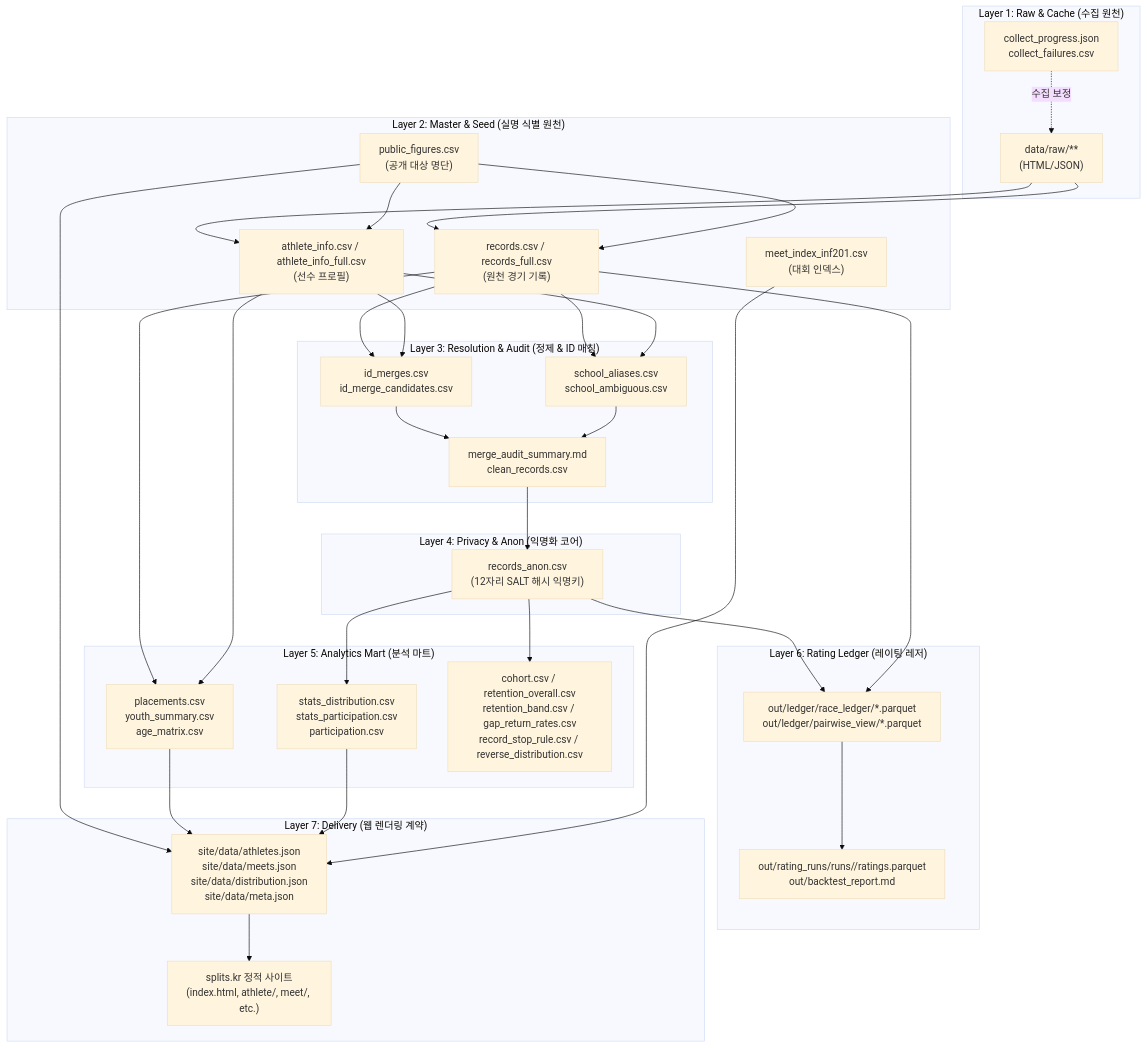
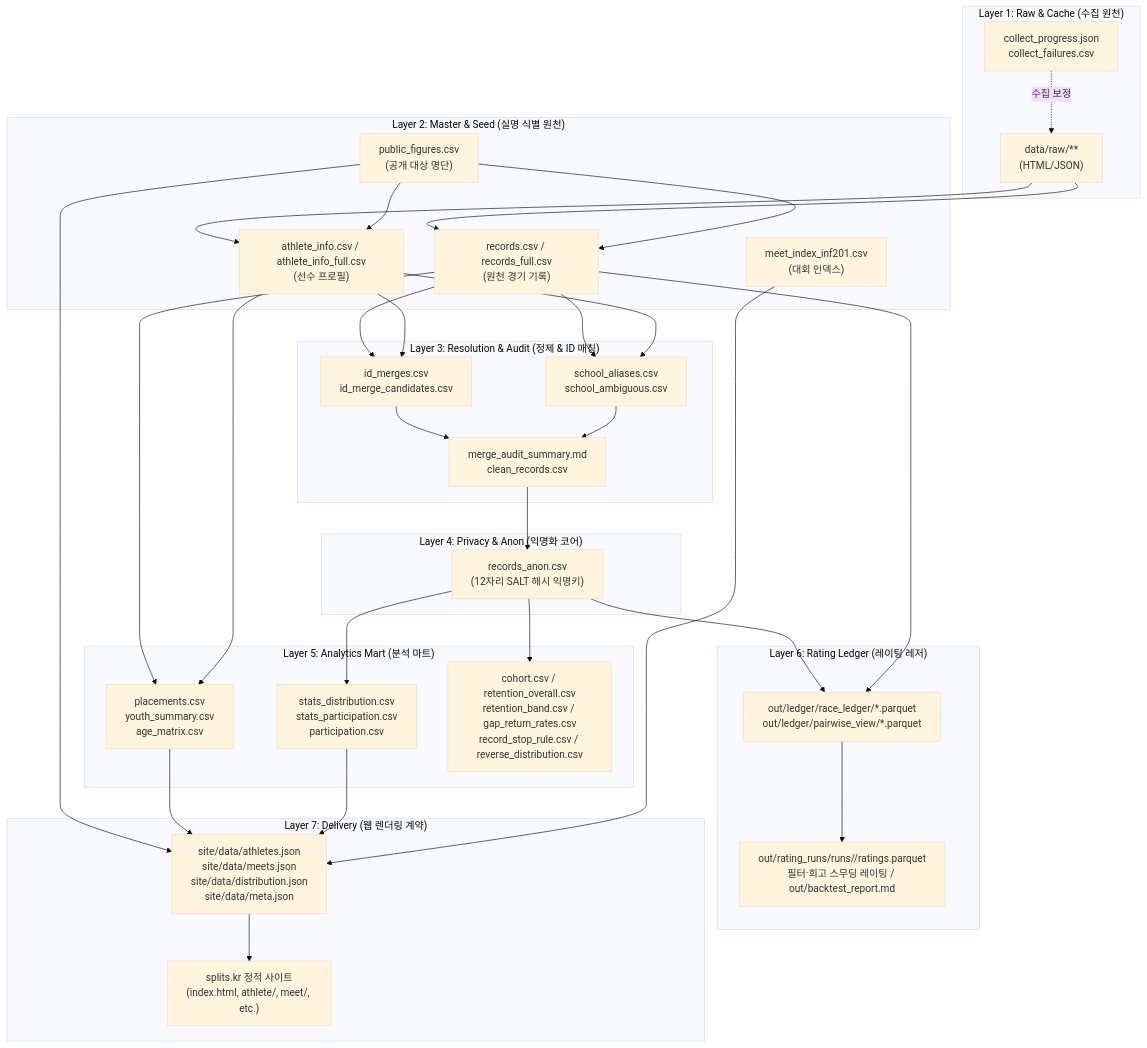
One commit to es-kimo/splits changed the first of 2 diagrams in docs/data_catalog.md. Above: the diagram before and after it, drawn with Mermaid (base theme). The commit also changed other lines of this file and 17 other files, not shown here.

````diff
--- a/docs/data_catalog.md
+++ b/docs/data_catalog.md
@@ -28,51 +28,51 @@
 ```mermaid
 flowchart TD
   subgraph L1["Layer 1: Raw & Cache (수집 원천)"]
     RAW["data/raw/**<br/>(HTML/JSON)"]
     PROG["collect_progress.json<br/>collect_failures.csv"]
   end
 
   subgraph L2["Layer 2: Master & Seed (실명 식별 원천)"]
     PUB["public_figures.csv<br/>(공개 대상 명단)"]
     REC["records.csv / records_full.csv<br/>(원천 경기 기록)"]
     ATH["athlete_info.csv / athlete_info_full.csv<br/>(선수 프로필)"]
     MEET_IDX["meet_index_inf201.csv<br/>(대회 인덱스)"]
   end
 
   subgraph L3["Layer 3: Resolution & Audit (정제 & ID 매칭)"]
     MERGE["id_merges.csv<br/>id_merge_candidates.csv"]
     SCHOOL["school_aliases.csv<br/>school_ambiguous.csv"]
     AUDIT["merge_audit_summary.md<br/>clean_records.csv"]
   end
 
   subgraph L4["Layer 4: Privacy & Anon (익명화 코어)"]
     ANON["records_anon.csv<br/>(12자리 SALT 해시 익명키)"]
   end
 
   subgraph L5["Layer 5: Analytics Mart (분석 마트)"]
     MART_ATH["placements.csv<br/>youth_summary.csv<br/>age_matrix.csv"]
     MART_STAT["stats_distribution.csv<br/>stats_participation.csv<br/>participation.csv"]
     MART_SURV["cohort.csv / retention_overall.csv<br/>retention_band.csv / gap_return_rates.csv<br/>record_stop_rule.csv / reverse_distribution.csv"]
   end
 
   subgraph L6["Layer 6: Rating Ledger (레이팅 레저)"]
     LEDGER["out/ledger/race_ledger/*.parquet<br/>out/ledger/pairwise_view/*.parquet"]
-    RATINGS["out/rating_runs/runs/<run_id>/ratings.parquet<br/>out/backtest_report.md"]
+    RATINGS["out/rating_runs/runs/<run_id>/ratings.parquet<br/>필터·회고 스무딩 레이팅 / out/backtest_report.md"]
   end
 
   subgraph L7["Layer 7: Delivery (웹 렌더링 계약)"]
     SITE_JSON["site/data/athletes.json<br/>site/data/meets.json<br/>site/data/distribution.json<br/>site/data/meta.json"]
     STATIC_SITE["splits.kr 정적 사이트<br/>(index.html, athlete/, meet/, etc.)"]
   end
 
   RAW --> REC & ATH
   PROG -. 수집 보정 .-> RAW
   PUB --> REC & ATH
   REC & ATH --> MERGE & SCHOOL --> AUDIT
   AUDIT --> ANON
   REC & ATH --> MART_ATH
   ANON --> MART_STAT & MART_SURV
   ANON & REC --> LEDGER --> RATINGS
   PUB & MART_ATH & MART_STAT & MEET_IDX --> SITE_JSON
   SITE_JSON --> STATIC_SITE
 ```
````
